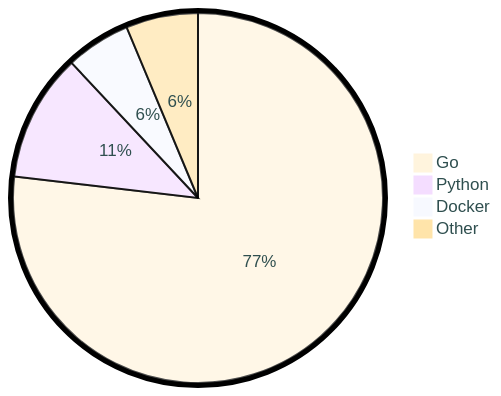
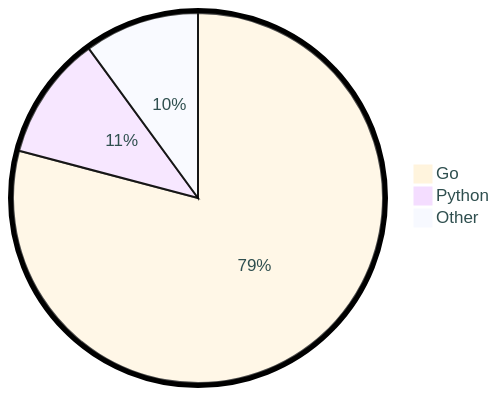
The diagram in README.md (tot0p/tot0p), drawn with Mermaid before and after one commit. The commit also changed other lines of this file, not shown here.

````diff
--- a/README.md
+++ b/README.md
@@ -78,8 +78,7 @@
 ```mermaid
 %%{init: {"pie": {"textPosition": 0.5}, "themeVariables": {"pieOuterStrokeWidth": "5px","primaryTextColor" : "#2F4F4F"},"theme":"base"} }%%
 pie
-	"Go": 76.86
-	"Python": 11.17
-	"Docker": 5.67
-	"Other": 6.300000000000001
+	"Go": 79.11
+	"Python": 10.85
+	"Other": 10.039999999999997
 ```
````
